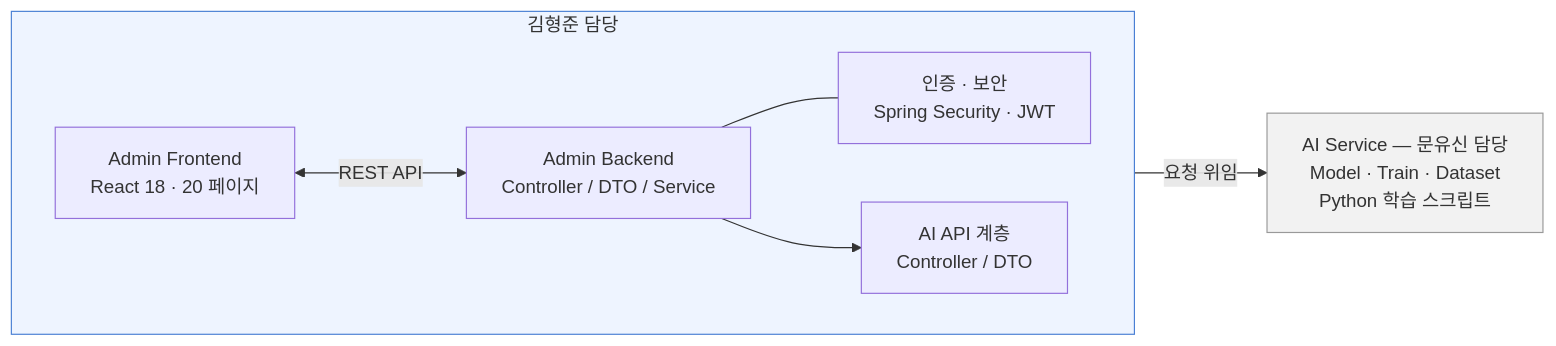
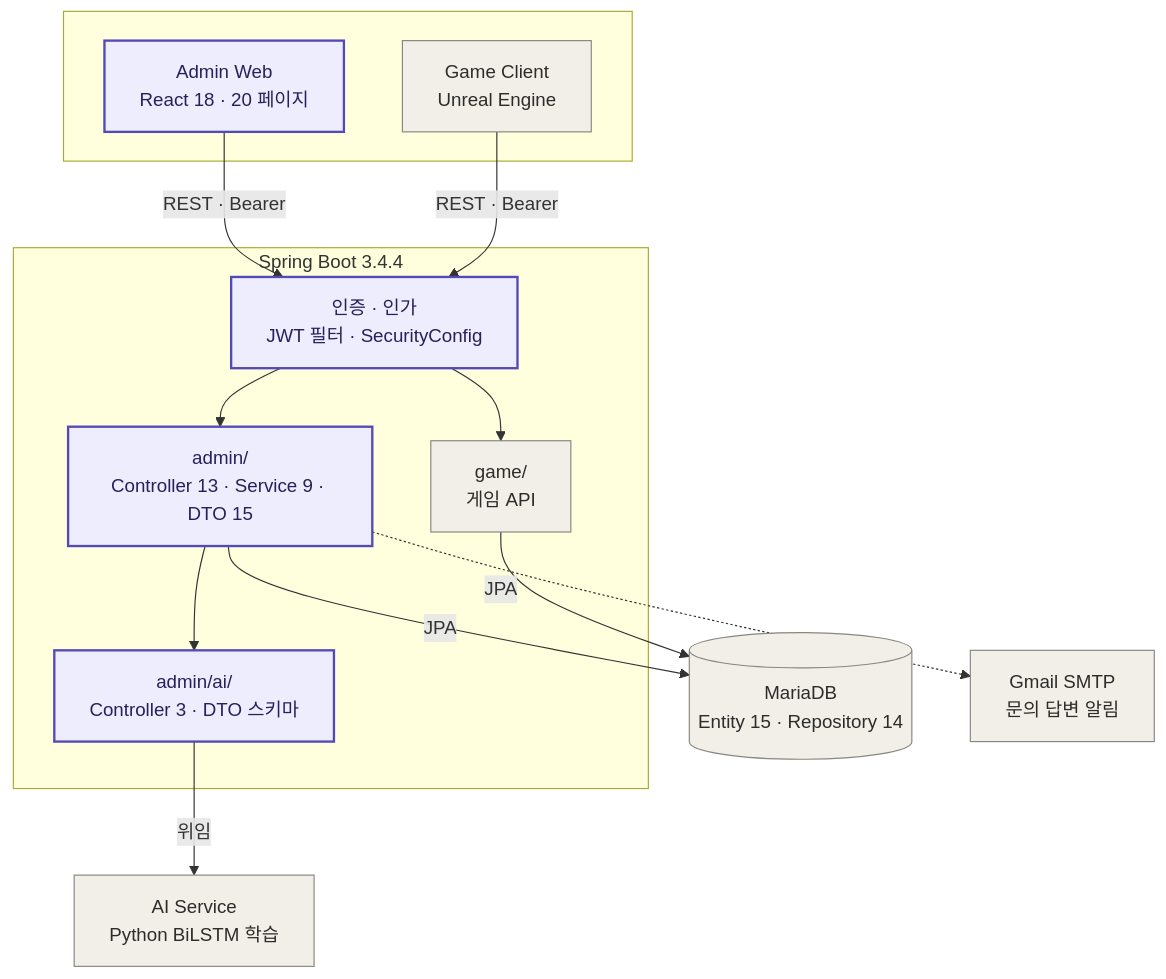
Before and after one commit to kimhyeongjun-1204/aigroove: the diagram in README.md, drawn with Mermaid. The commit also changed other lines of this file, not shown here.

Commit message:
docs: 담당 범위와 아키텍처를 통합 다이어그램으로 정리

````diff
--- a/README.md
+++ b/README.md
@@ -53,20 +53,33 @@
 ```mermaid
-flowchart LR
-    subgraph mine["김형준 담당"]
-        direction LR
-        FE["Admin Frontend<br/>React 18 · 20 페이지"]
-        BE["Admin Backend<br/>Controller / DTO / Service"]
-        SEC["인증 · 보안<br/>Spring Security · JWT"]
-        AIAPI["AI API 계층<br/>Controller / DTO"]
-    end
+flowchart TB
+subgraph CLIENT[" "]
+ADMINWEB["Admin Web<br/>React 18 · 20 페이지"]
+GAMECLIENT["Game Client<br/>Unreal Engine"]
+end
 
-    AISVC["AI Service — 문유신 담당<br/>Model · Train · Dataset<br/>Python 학습 스크립트"]
+subgraph SERVER["Spring Boot 3.4.4"]
+AUTH["인증 · 인가<br/>JWT 필터 · SecurityConfig"]
+ADMIN["admin/<br/>Controller 13 · Service 9 · DTO 15"]
+AIAPI["admin/ai/<br/>Controller 3 · DTO 스키마"]
+GAMEMOD["game/<br/>게임 API"]
+end
 
-    FE <-->|REST API| BE
-    BE --- SEC
-    BE --> AIAPI
-    AIAPI -->|요청 위임| AISVC
+DB[("MariaDB<br/>Entity 15 · Repository 14")]
+AISVC["AI Service<br/>Python BiLSTM 학습"]
+SMTP["Gmail SMTP<br/>문의 답변 알림"]
 
-    style mine fill:#eef4ff,stroke:#4a7fd4
-    style AISVC fill:#f2f2f2,stroke:#999
+ADMINWEB -->|REST · Bearer| AUTH
+GAMECLIENT -->|REST · Bearer| AUTH
+AUTH --> ADMIN
+AUTH --> GAMEMOD
+ADMIN --> AIAPI
+AIAPI -->|위임| AISVC
+ADMIN -->|JPA| DB
+GAMEMOD -->|JPA| DB
+ADMIN -.-> SMTP
+
+classDef mine fill:#EEEDFE,stroke:#534AB7,stroke-width:2px,color:#26215C
+classDef other fill:#F1EFE8,stroke:#888780,color:#2C2C2A
+class ADMINWEB,AUTH,ADMIN,AIAPI mine
+class GAMECLIENT,GAMEMOD,AISVC,DB,SMTP other
 ```
````
